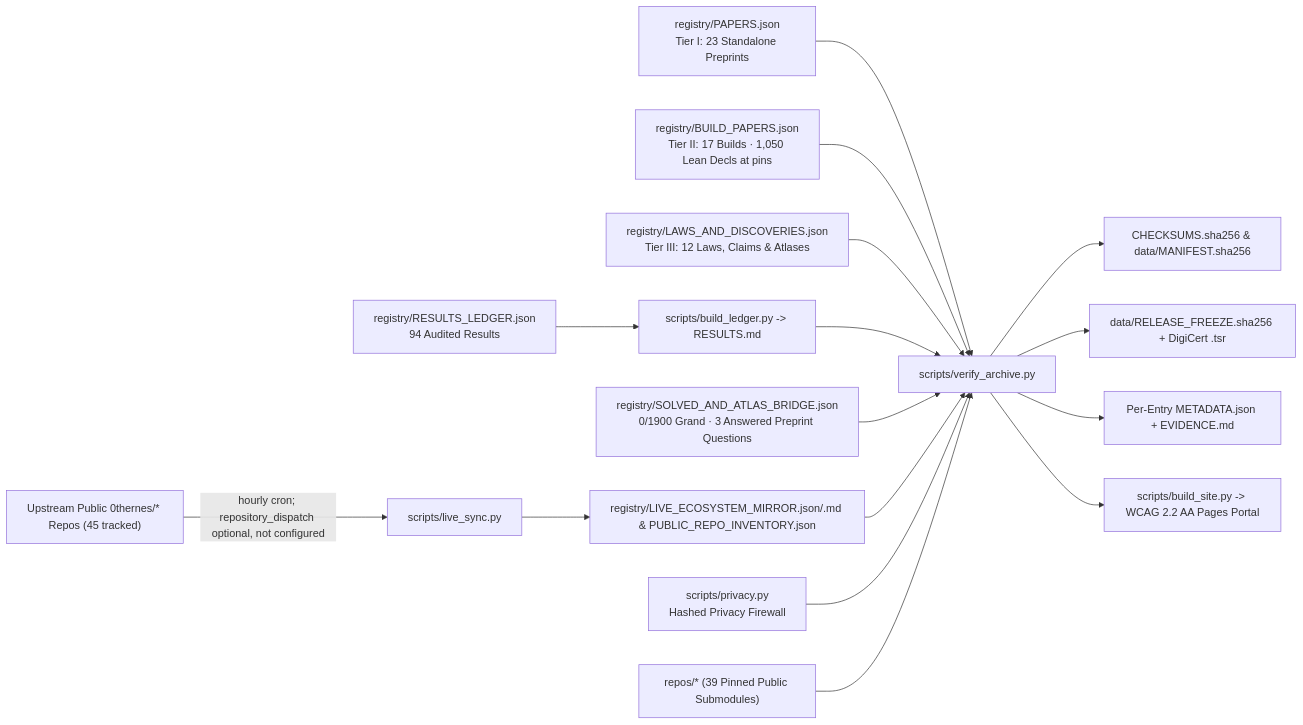
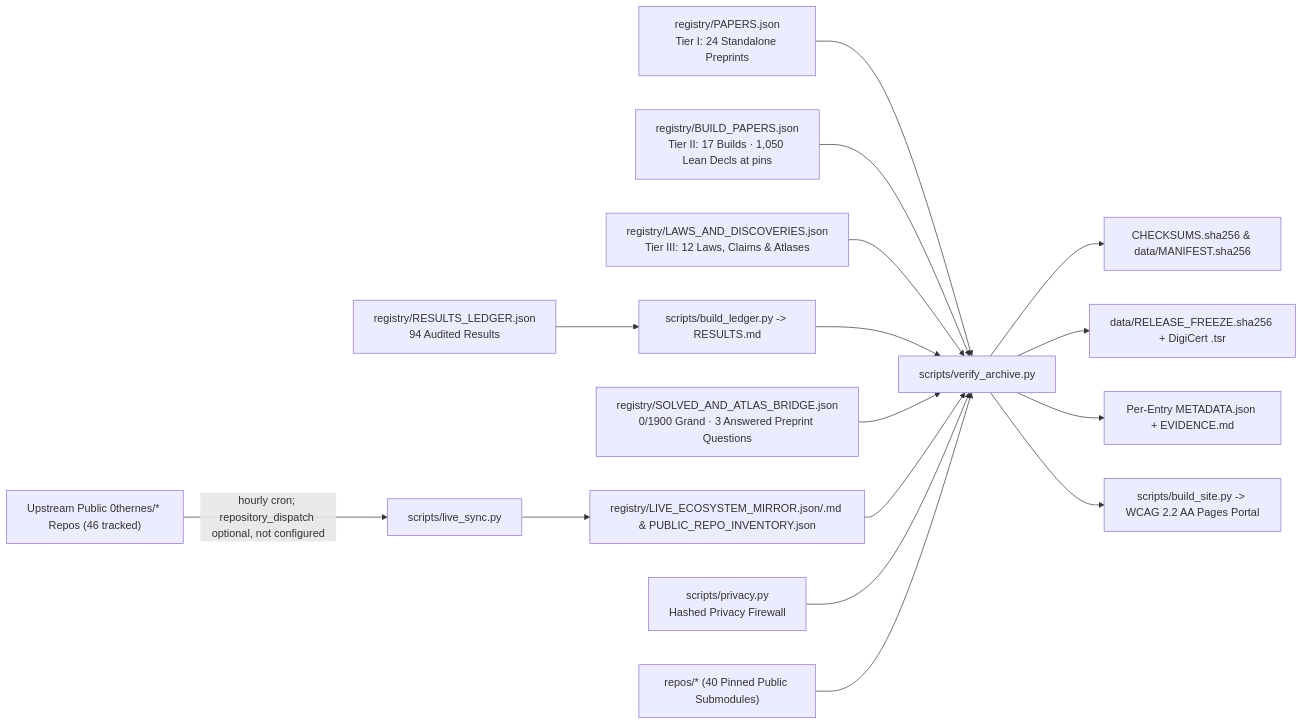
Before and after one commit to 0thernes/0thernes-research-archive: the diagram in docs/architecture.md, drawn with Mermaid. The commit also changed other lines of this file and 18 other files, not shown here.

````diff
--- a/docs/architecture.md
+++ b/docs/architecture.md
@@ -5,18 +5,18 @@
 ```mermaid
 flowchart LR
-    UP["Upstream Public 0thernes/* Repos (45 tracked)"] -->|hourly cron; repository_dispatch optional, not configured| LS["scripts/live_sync.py"]
-    R1["registry/PAPERS.json<br/>Tier I: 23 Standalone Preprints"] --> V["scripts/verify_archive.py"]
+    UP["Upstream Public 0thernes/* Repos (46 tracked)"] -->|hourly cron; repository_dispatch optional, not configured| LS["scripts/live_sync.py"]
+    R1["registry/PAPERS.json<br/>Tier I: 24 Standalone Preprints"] --> V["scripts/verify_archive.py"]
     R2["registry/BUILD_PAPERS.json<br/>Tier II: 17 Builds · 1,050 Lean Decls at pins"] --> V
     R3["registry/LAWS_AND_DISCOVERIES.json<br/>Tier III: 12 Laws, Claims & Atlases"] --> V
     RL["registry/RESULTS_LEDGER.json<br/>94 Audited Results"] --> BL["scripts/build_ledger.py -> RESULTS.md"]
     BL --> V
     BR["registry/SOLVED_AND_ATLAS_BRIDGE.json<br/>0/1900 Grand · 3 Answered Preprint Questions"] --> V
     LS --> LM["registry/LIVE_ECOSYSTEM_MIRROR.json/.md & PUBLIC_REPO_INVENTORY.json"]
     LM --> V
     PR["scripts/privacy.py<br/>Hashed Privacy Firewall"] --> V
-    S["repos/* (39 Pinned Public Submodules)"] --> V
+    S["repos/* (40 Pinned Public Submodules)"] --> V
     V --> C["CHECKSUMS.sha256 & data/MANIFEST.sha256"]
     V --> FZ["data/RELEASE_FREEZE.sha256 + DigiCert .tsr"]
     V --> D["Per-Entry METADATA.json + EVIDENCE.md"]
     V --> P["scripts/build_site.py -> WCAG 2.2 AA Pages Portal"]
 ```
````
